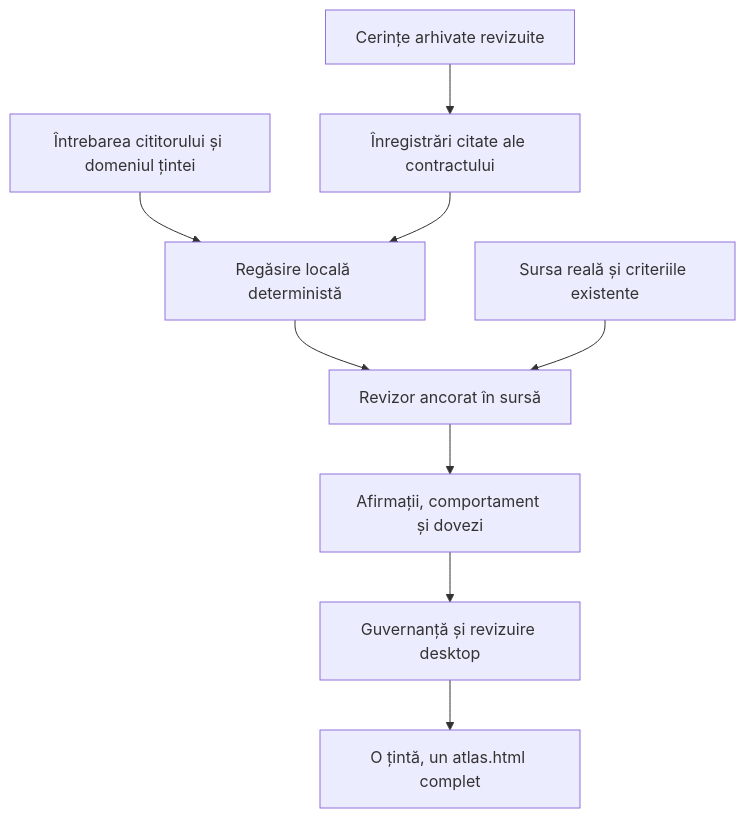
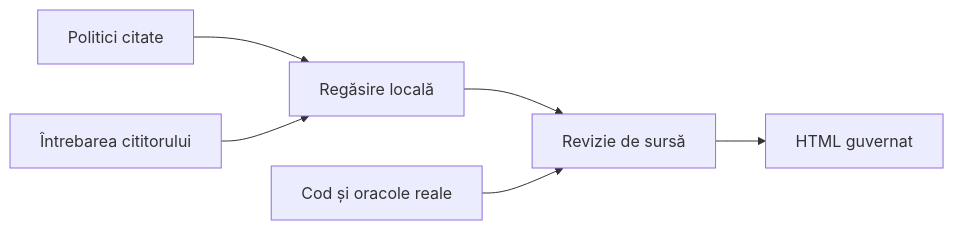
One commit to crististefanita/ATF_AI changed the first of 2 diagrams in atf-atlas/Knowledge_Base.md. Above: the diagram before and after it, drawn with Mermaid. The commit also changed other lines of this file and 111 other files, not shown here.

````diff
--- a/atf-atlas/Knowledge_Base.md
+++ b/atf-atlas/Knowledge_Base.md
@@ -23,11 +23,8 @@
 ```mermaid
-flowchart TB
-    Archive["Cerințe arhivate revizuite"] --> Knowledge["Înregistrări citate ale contractului"]
-    Query["Întrebarea cititorului și domeniul țintei"] --> Retrieval["Regăsire locală deterministă"]
-    Knowledge --> Retrieval
-    Retrieval --> Author["Revizor ancorat în sursă"]
-    Source["Sursa reală și criteriile existente"] --> Author
-    Author --> Analysis["Afirmații, comportament și dovezi"]
-    Analysis --> Checks["Guvernanță și revizuire desktop"]
-    Checks --> Report["O țintă, un atlas.html complet"]
+flowchart LR
+    Knowledge["Politici citate"] --> Retrieval["Regăsire locală"]
+    Query["Întrebarea cititorului"] --> Retrieval
+    Retrieval --> Author["Revizie de sursă"]
+    Source["Cod și oracole reale"] --> Author
+    Author --> Report["HTML guvernat"]
 ```
````
